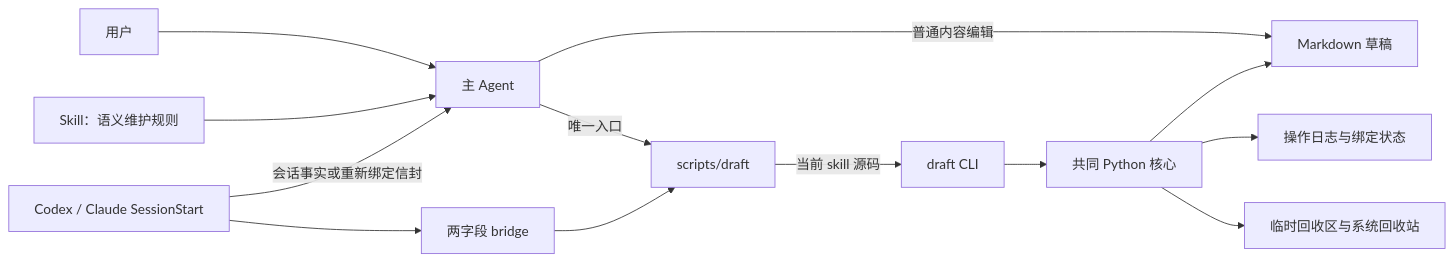
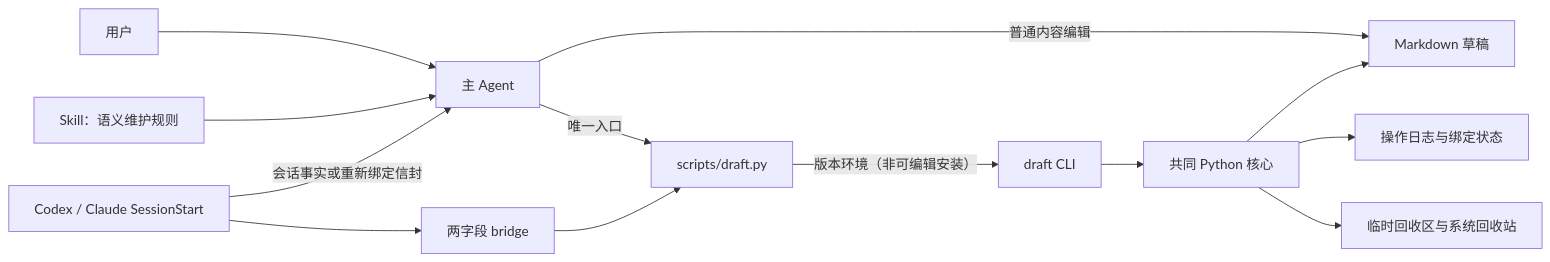
One commit to CLD1994/agent-plugins changed the diagram in docs/design.md. Above: the diagram before and after it, drawn with Mermaid. The commit also changed other lines of this file and 28 other files, not shown here.

````diff
--- a/docs/design.md
+++ b/docs/design.md
@@ -156,15 +155,15 @@
 ```mermaid
 flowchart LR
     U["用户"] --> A["主 Agent"]
     S["Skill：语义维护规则"] --> A
     A -->|"普通内容编辑"| N["Markdown 草稿"]
-    A -->|"唯一入口"| E["scripts/draft"]
-    E -->|"当前 skill 源码"| C["draft CLI"]
+    A -->|"唯一入口"| E["scripts/draft.py"]
+    E -->|"版本环境（非可编辑安装）"| C["draft CLI"]
     C --> K["共同 Python 核心"]
     K --> N
     K --> J["操作日志与绑定状态"]
     K --> T["临时回收区与系统回收站"]
     H["Codex / Claude SessionStart"] --> B["两字段 bridge"]
     B --> E
     H -->|"会话事实或重新绑定信封"| A
 ```
````
